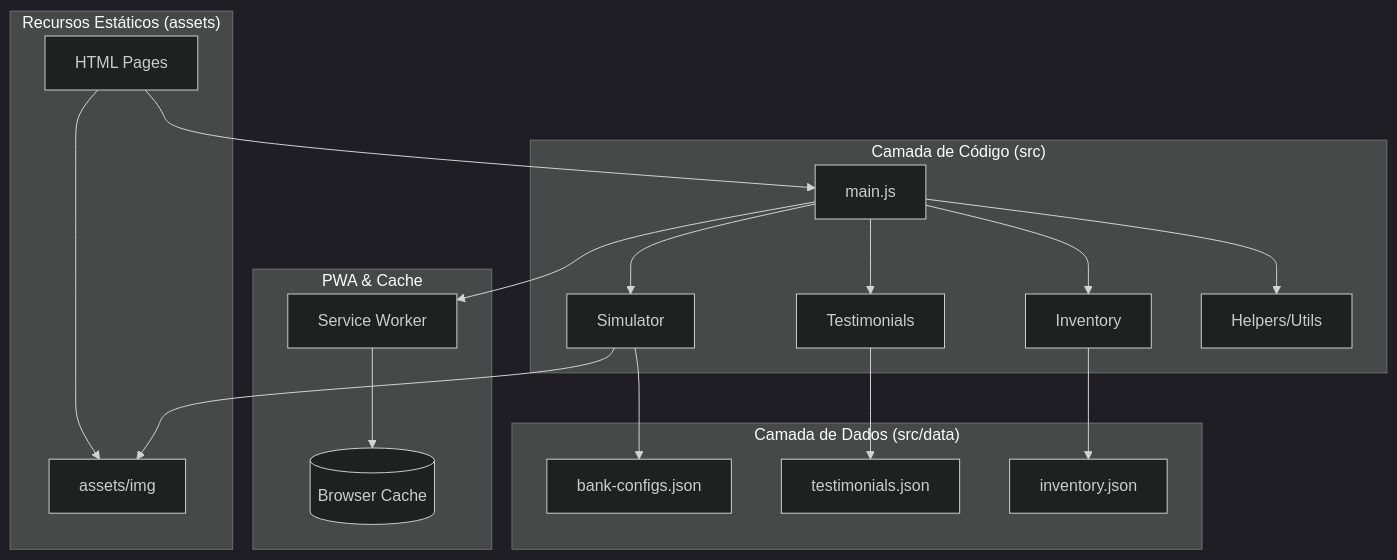
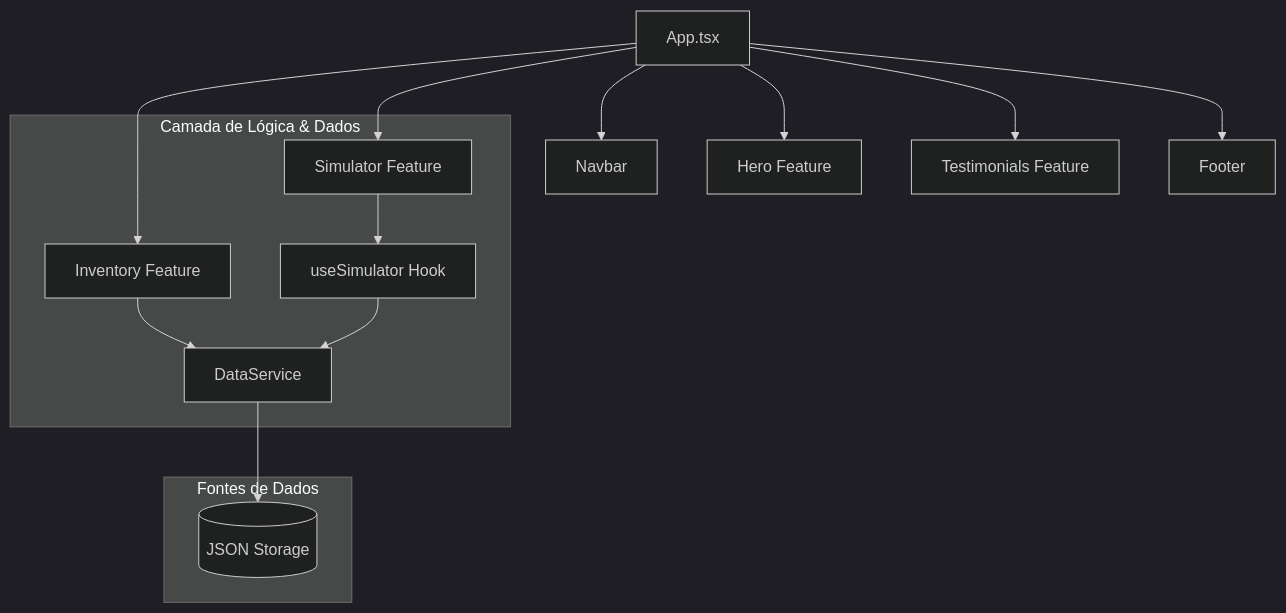
Before and after one commit to Isllanrx/Site_Comercial: the diagram in README.md, drawn with Mermaid (dark theme). The commit also changed other lines of this file and 144 other files, not shown here.

````diff
--- a/README.md
+++ b/README.md
@@ -11,27 +9,19 @@
 ```mermaid
 graph TD
-    UI[HTML Pages] --> Core[main.js]
-    
-    subgraph "Camada de Código (src)"
-        Core --> SIM[Simulator]
-        Core --> TEST[Testimonials]
-        Core --> INV[Inventory]
-        Core --> AUX[Helpers/Utils]
+    App[App.tsx] --> Nav[Navbar]
+    App --> Hero[Hero Feature]
+    App --> Inv[Inventory Feature]
+    App --> Sim[Simulator Feature]
+    App --> Test[Testimonials Feature]
+    App --> Foot[Footer]
+
+    subgraph "Camada de Lógica & Dados"
+        Sim --> useSim[useSimulator Hook]
+        Inv --> DataSvc[DataService]
+        useSim --> DataSvc
     end
-    
-    subgraph "Camada de Dados (src/data)"
-        SIM --> BANK_DATA[bank-configs.json]
-        TEST --> TEST_DATA[testimonials.json]
-        INV --> INV_DATA[inventory.json]
-    end
-    
-    subgraph "Recursos Estáticos (assets)"
-        UI --> IMG[assets/img]
-        SIM --> IMG
-    end
-    
-    subgraph "PWA & Cache"
-        Core --> SW[Service Worker]
-        SW --> CACHE[(Browser Cache)]
+
+    subgraph "Fontes de Dados"
+        DataSvc --> JSON[(JSON Storage)]
     end
 ```
````
